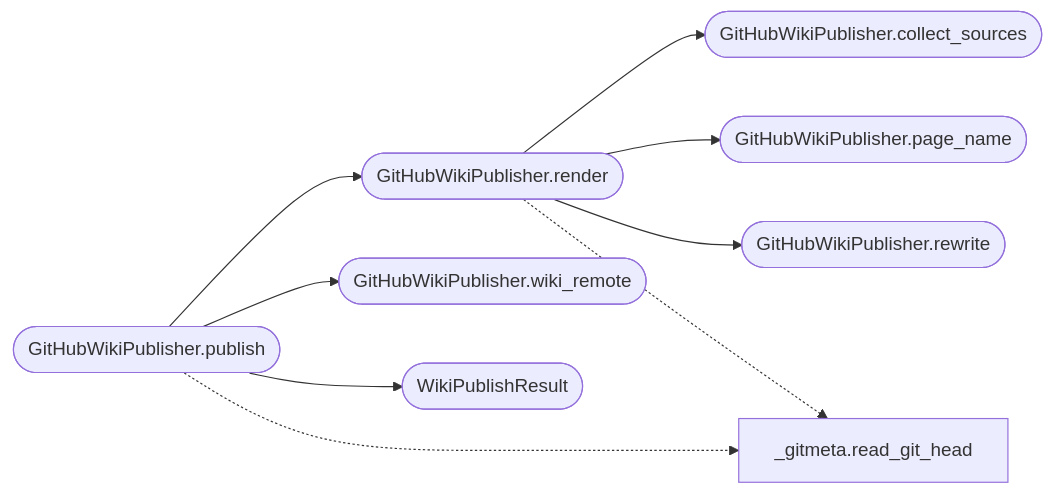
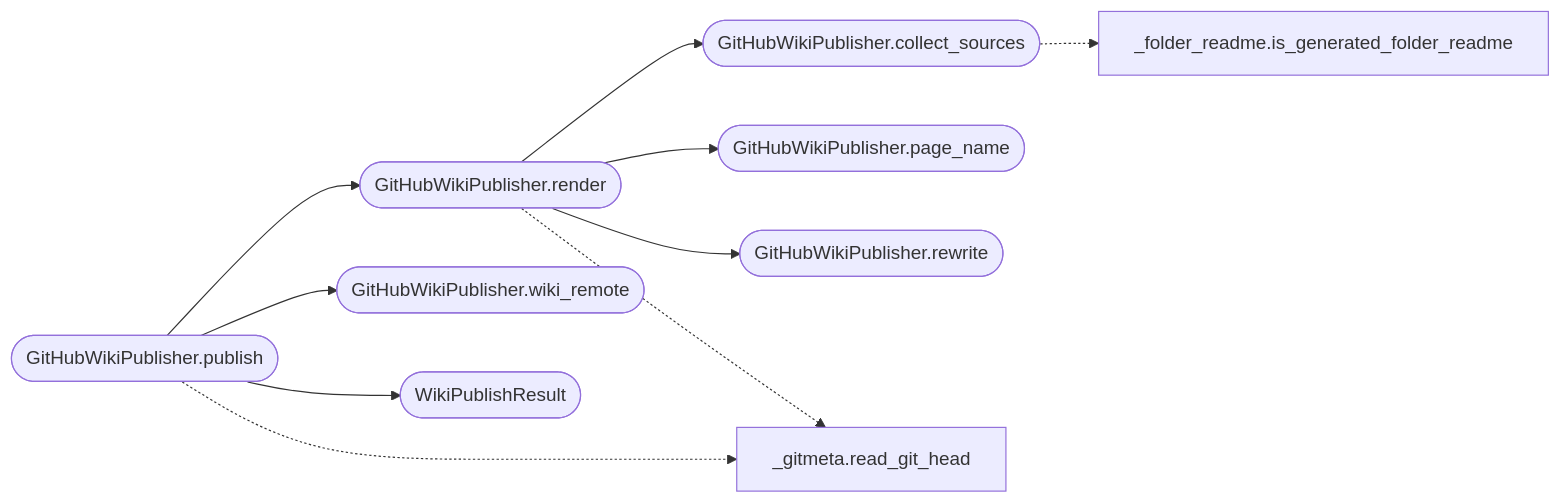
Before and after one commit to grisuno/ReadMenator: the second of 2 diagrams in readmenator-apidocs/modules/readmenator._gh_wiki.py.md, drawn with Mermaid. The commit also changed other lines of this file and 225 other files, not shown here.

````diff
--- a/readmenator-apidocs/modules/readmenator._gh_wiki.py.md
+++ b/readmenator-apidocs/modules/readmenator._gh_wiki.py.md
@@ -45,19 +45,21 @@
 ```mermaid
 flowchart LR
     n_readmenator__gh_wiki_py__GitHubWikiPublisher_render(["GitHubWikiPublisher.render"])
     n_readmenator__gh_wiki_py__GitHubWikiPublisher_collect_sources(["GitHubWikiPublisher.collect_sources"])
     n_readmenator__gh_wiki_py__GitHubWikiPublisher_page_name(["GitHubWikiPublisher.page_name"])
     n_readmenator__gh_wiki_py__GitHubWikiPublisher_rewrite(["GitHubWikiPublisher.rewrite"])
     n_readmenator__gh_wiki_py__GitHubWikiPublisher_publish(["GitHubWikiPublisher.publish"])
     n_readmenator__gh_wiki_py__GitHubWikiPublisher_wiki_remote(["GitHubWikiPublisher.wiki_remote"])
     n_readmenator__gh_wiki_py__WikiPublishResult(["WikiPublishResult"])
+    n_readmenator__folder_readme_py__is_generated_folder_readme["_folder_readme.is_generated_folder_readme"]
     n_readmenator__gitmeta_py__read_git_head["_gitmeta.read_git_head"]
     n_readmenator__gh_wiki_py__GitHubWikiPublisher_render --> n_readmenator__gh_wiki_py__GitHubWikiPublisher_collect_sources
     n_readmenator__gh_wiki_py__GitHubWikiPublisher_render --> n_readmenator__gh_wiki_py__GitHubWikiPublisher_page_name
     n_readmenator__gh_wiki_py__GitHubWikiPublisher_render --> n_readmenator__gh_wiki_py__GitHubWikiPublisher_rewrite
     n_readmenator__gh_wiki_py__GitHubWikiPublisher_publish --> n_readmenator__gh_wiki_py__GitHubWikiPublisher_render
     n_readmenator__gh_wiki_py__GitHubWikiPublisher_publish --> n_readmenator__gh_wiki_py__GitHubWikiPublisher_wiki_remote
     n_readmenator__gh_wiki_py__GitHubWikiPublisher_publish --> n_readmenator__gh_wiki_py__WikiPublishResult
+    n_readmenator__gh_wiki_py__GitHubWikiPublisher_collect_sources -.-> n_readmenator__folder_readme_py__is_generated_folder_readme
     n_readmenator__gh_wiki_py__GitHubWikiPublisher_render -.-> n_readmenator__gitmeta_py__read_git_head
     n_readmenator__gh_wiki_py__GitHubWikiPublisher_publish -.-> n_readmenator__gitmeta_py__read_git_head
 ```
````
